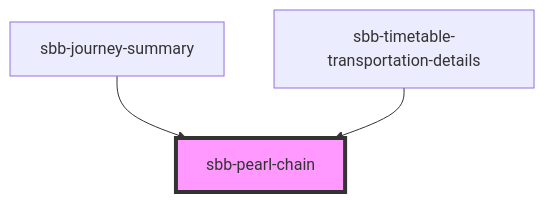
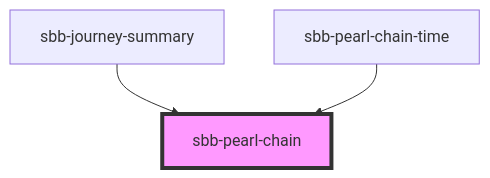
The diagram in src/components/sbb-pearl-chain/readme.md (sbb-design-systems/lyne-components), drawn with Mermaid before and after one commit. The commit also changed other lines of this file and 7 other files, not shown here.

Commit message:
feat: update interface to support pearl-chain

````diff
--- a/src/components/sbb-pearl-chain/readme.md
+++ b/src/components/sbb-pearl-chain/readme.md
@@ -47,6 +47,6 @@
 ```mermaid
 graph TD;
   sbb-journey-summary --> sbb-pearl-chain
-  sbb-timetable-transportation-details --> sbb-pearl-chain
+  sbb-pearl-chain-time --> sbb-pearl-chain
   style sbb-pearl-chain fill:#f9f,stroke:#333,stroke-width:4px
 ```
````
